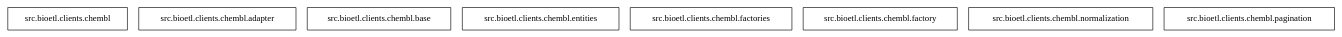
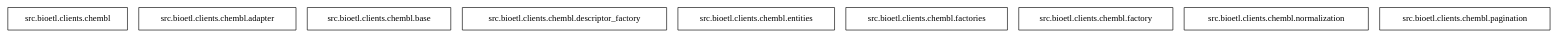
The diagram in diagrams/dot/chembl/bioetl_clients_chembl.packages.clean.dot (SatoryKono/bioactivity_data_acquisition), drawn with Graphviz before and after one commit. The commit also changed 57 other files, not shown here.

```diff
--- a/diagrams/dot/chembl/bioetl_clients_chembl.packages.clean.dot
+++ b/diagrams/dot/chembl/bioetl_clients_chembl.packages.clean.dot
@@ -1,12 +1,13 @@
 digraph "packages_bioetl_clients_chembl" {
 rankdir=BT
 charset="utf-8"
 "src.bioetl.clients.chembl" [color="black", label=<src.bioetl.clients.chembl>, shape="box", style="solid"];
 "src.bioetl.clients.chembl.adapter" [color="black", label=<src.bioetl.clients.chembl.adapter>, shape="box", style="solid"];
 "src.bioetl.clients.chembl.base" [color="black", label=<src.bioetl.clients.chembl.base>, shape="box", style="solid"];
+"src.bioetl.clients.chembl.descriptor_factory" [color="black", label=<src.bioetl.clients.chembl.descriptor_factory>, shape="box", style="solid"];
 "src.bioetl.clients.chembl.entities" [color="black", label=<src.bioetl.clients.chembl.entities>, shape="box", style="solid"];
 "src.bioetl.clients.chembl.factories" [color="black", label=<src.bioetl.clients.chembl.factories>, shape="box", style="solid"];
 "src.bioetl.clients.chembl.factory" [color="black", label=<src.bioetl.clients.chembl.factory>, shape="box", style="solid"];
 "src.bioetl.clients.chembl.normalization" [color="black", label=<src.bioetl.clients.chembl.normalization>, shape="box", style="solid"];
 "src.bioetl.clients.chembl.pagination" [color="black", label=<src.bioetl.clients.chembl.pagination>, shape="box", style="solid"];
 }
```
